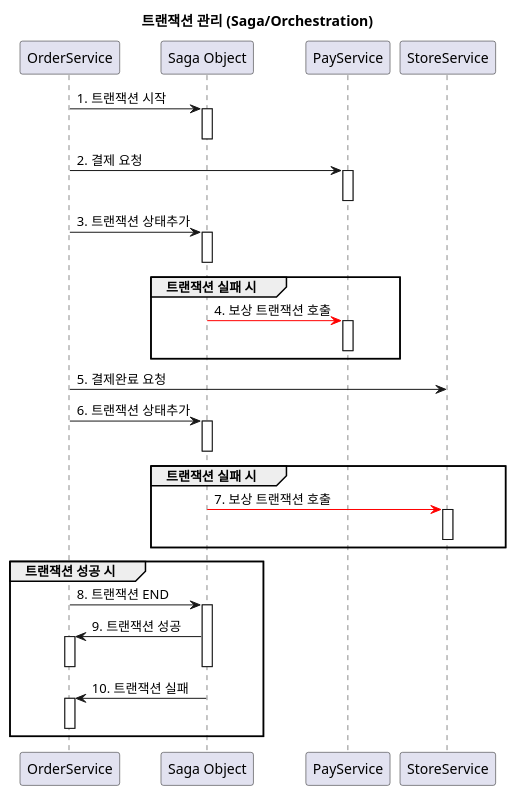
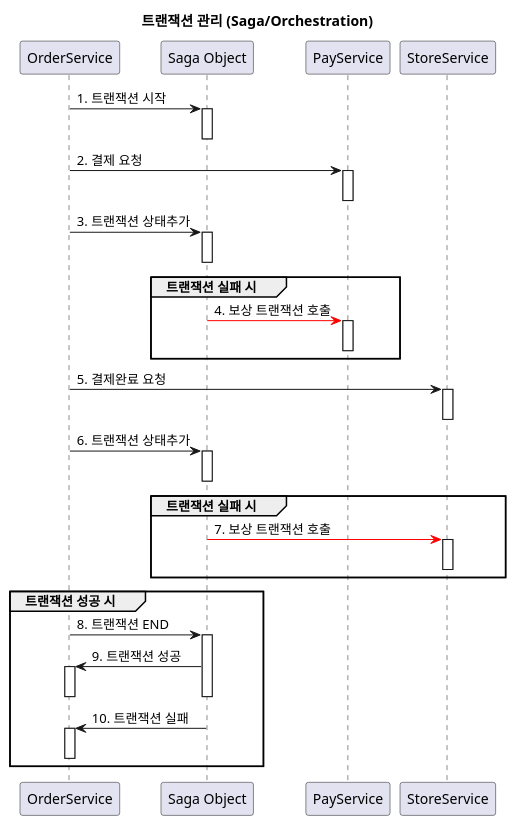
Before and after one commit to f-lab-edu/starcoffee: the diagram in Document/transaction/transaction.puml, drawn with PlantUML.

Commit message:
Mentoring comment's - 트랜잭션 관리

```diff
--- a/Document/transaction/transaction.puml
+++ b/Document/transaction/transaction.puml
@@ -1,59 +1,61 @@
 @startuml
 title 트랜잭션 관리 (Saga/Orchestration)
 
 participant "OrderService" as order
 participant "Saga Object" as saga
 participant "PayService" as pay
 participant "StoreService" as store
 
 
 order -> saga : 1. 트랜잭션 시작
 activate saga
 deactivate saga
 
 order -> pay : 2. 결제 요청
 activate pay
 deactivate pay
 
 order -> saga : 3. 트랜잭션 상태추가
 activate saga
 deactivate saga
 
 group 트랜잭션 실패 시
     saga -[#red]> pay : 4. 보상 트랜잭션 호출
     activate pay
     deactivate pay
 end
 
 order -> store : 5. 결제완료 요청
+activate store
+deactivate store
 
 order -> saga : 6. 트랜잭션 상태추가
 activate saga
 deactivate saga
 
 group 트랜잭션 실패 시
     saga -[#red]> store : 7. 보상 트랜잭션 호출
     activate store
     deactivate store
 end
 
 group 트랜잭션 성공 시
     order -> saga : 8. 트랜잭션 END
     activate saga
     saga -> order : 9. 트랜잭션 성공
     activate order
     deactivate order
     deactivate saga
 
     saga -> order : 10. 트랜잭션 실패
     activate order
     deactivate order
 
 end
 
 
 
 
 
 
 @enduml
```
